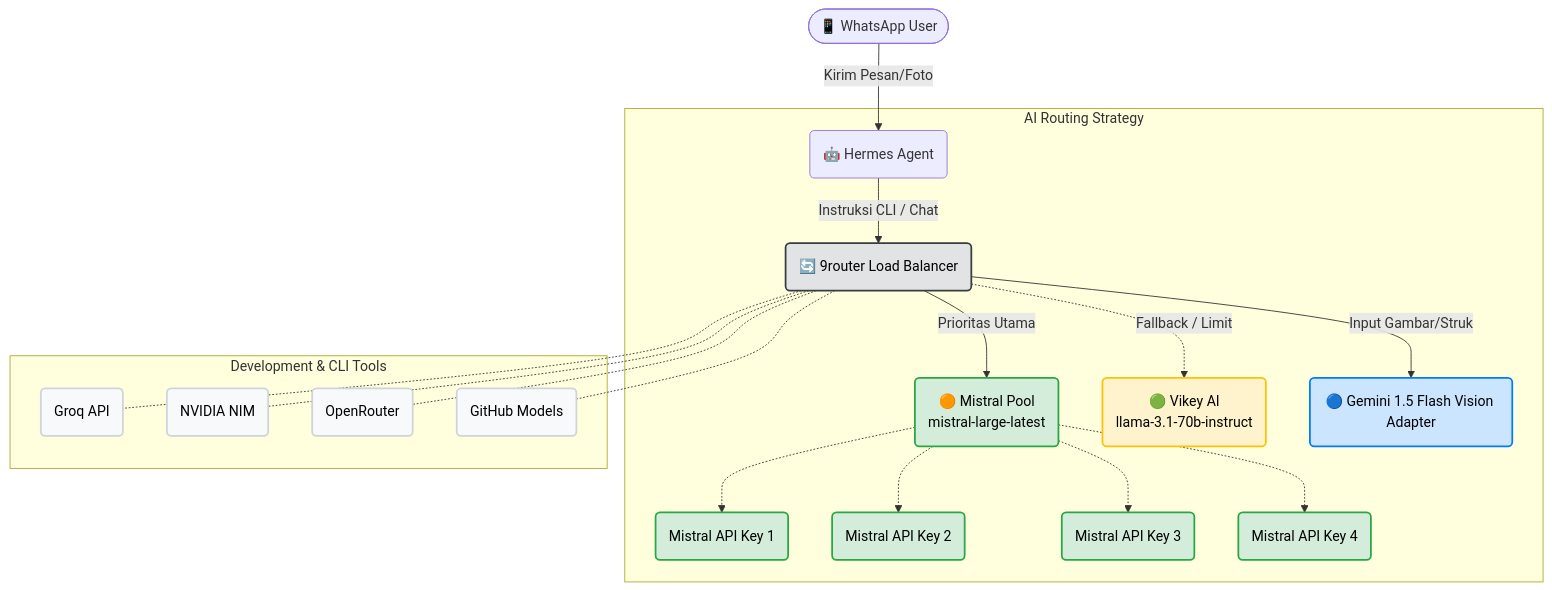
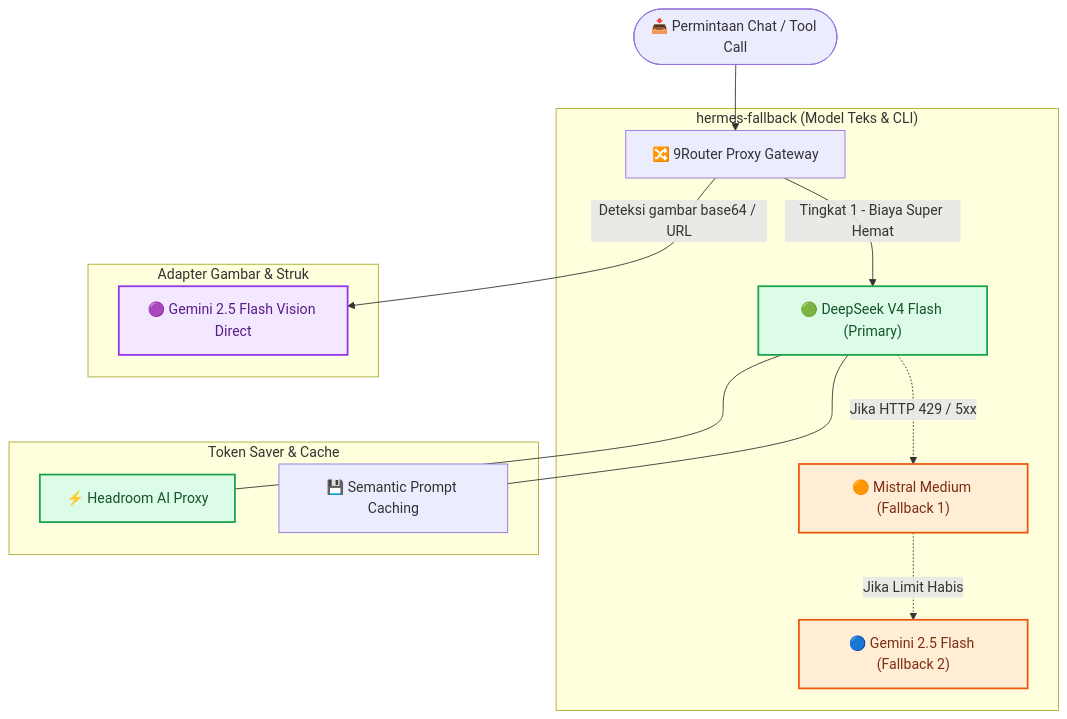
The third of 4 diagrams in README.md (cantikapf/home-agent-template), drawn with Mermaid before and after one commit. The commit also changed other lines of this file and 74 other files, not shown here.

Commit message:
feat: release v2.0 update with Next.js web dashboard, 4 workflow diagrams, 3-tier AI failover, and zero-budgeting

````diff
--- a/README.md
+++ b/README.md
@@ -62,37 +145,26 @@
 ```mermaid
 graph TD
-    User([📱 WhatsApp User]) -->|Kirim Pesan/Foto| Hermes(🤖 Hermes Agent)
+    Request([📥 Permintaan Chat / Tool Call]) --> NineRouter[🔀 9Router Proxy Gateway]
     
-    subgraph AI Routing Strategy
-        Hermes -->|Instruksi CLI / Chat| Router(🔄 9router Load Balancer)
-        
-        Router -->|Prioritas Utama| MistralPool(🟠 Mistral Pool<br>mistral-large-latest)
-        Router -.->|Fallback / Limit| Vikey(🟢 Vikey AI<br>llama-3.1-70b-instruct)
-        
-        MistralPool -.-> M1(Mistral API Key 1)
-        MistralPool -.-> M2(Mistral API Key 2)
-        MistralPool -.-> M3(Mistral API Key 3)
-        MistralPool -.-> M4(Mistral API Key 4)
-        
-        Router -->|Input Gambar/Struk| Gemini(🔵 Gemini 1.5 Flash Vision Adapter)
+    subgraph ComboBrain ["hermes-fallback (Model Teks & CLI)"]
+        NineRouter -->|Tingkat 1 - Biaya Super Hemat| DeepSeek["🟢 DeepSeek V4 Flash (Primary)"]
+        DeepSeek -.->|Jika HTTP 429 / 5xx| Mistral["🟠 Mistral Medium (Fallback 1)"]
+        Mistral -.->|Jika Limit Habis| GeminiChat["🔵 Gemini 2.5 Flash (Fallback 2)"]
     end
-    
-    subgraph Development & CLI Tools
-        Router -.- Groq(Groq API)
-        Router -.- Nvidia(NVIDIA NIM)
-        Router -.- OpenRouter(OpenRouter)
-        Router -.- GitHub(GitHub Models)
+
+    subgraph VisionPipeline ["Adapter Gambar & Struk"]
+        NineRouter -->|Deteksi gambar base64 / URL| GeminiVision["🟣 Gemini 2.5 Flash Vision Direct"]
     end
-    
-    classDef primary fill:#d4edda,stroke:#28a745,stroke-width:2px,color:black;
-    classDef fallback fill:#fff3cd,stroke:#ffc107,stroke-width:2px,color:black;
-    classDef vision fill:#cce5ff,stroke:#007bff,stroke-width:2px,color:black;
-    classDef router fill:#e2e3e5,stroke:#383d41,stroke-width:2px,color:black;
-    classDef aux fill:#f8f9fa,stroke:#ced4da,stroke-width:2px,color:black;
-    
-    class MistralPool,M1,M2,M3,M4 primary;
-    class Vikey fallback;
-    class Gemini vision;
-    class Router router;
-    class Groq,Nvidia,OpenRouter,GitHub aux;
+
+    subgraph OptimizationLayer ["Token Saver & Cache"]
+        DeepSeek --- Headroom["⚡ Headroom AI Proxy"]
+        DeepSeek --- SemanticCache["💾 Semantic Prompt Caching"]
+    end
+
+    classDef primary fill:#dcfce7,stroke:#16a34a,stroke-width:2px,color:#14532d;
+    classDef fallback fill:#ffedd5,stroke:#ea580c,stroke-width:2px,color:#7c2d12;
+    classDef vision fill:#f3e8ff,stroke:#9333ea,stroke-width:2px,color:#581c87;
+    class DeepSeek,Headroom primary;
+    class Mistral,GeminiChat fallback;
+    class GeminiVision vision;
 ```
````
